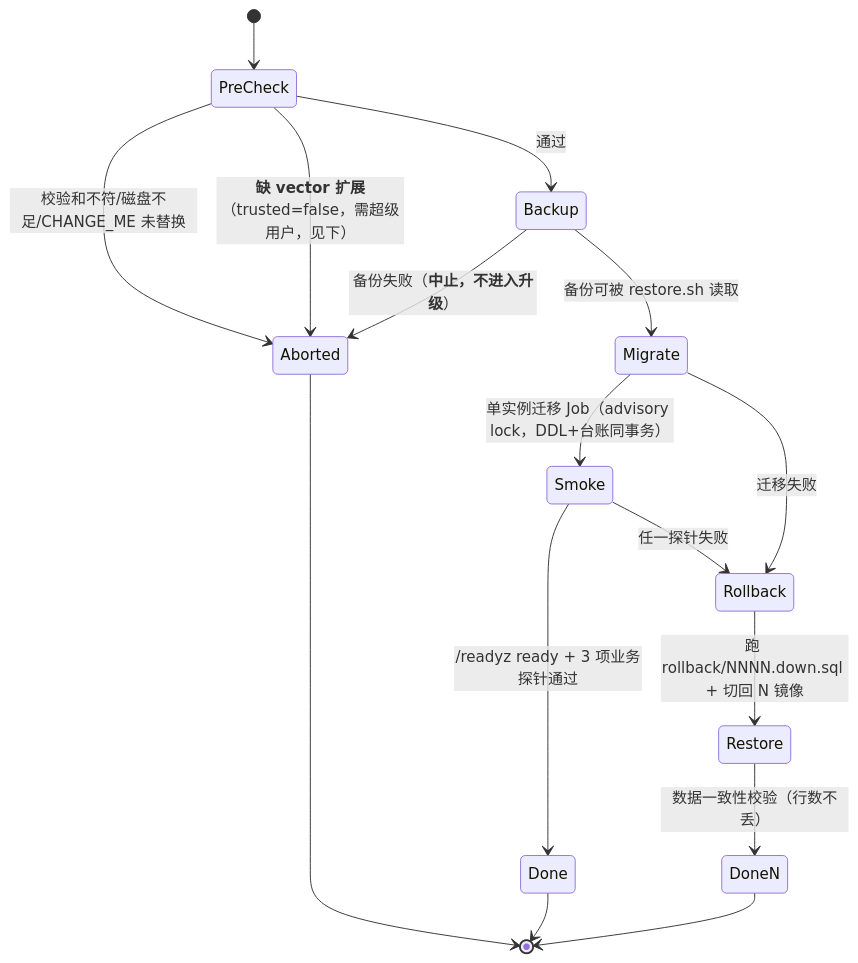
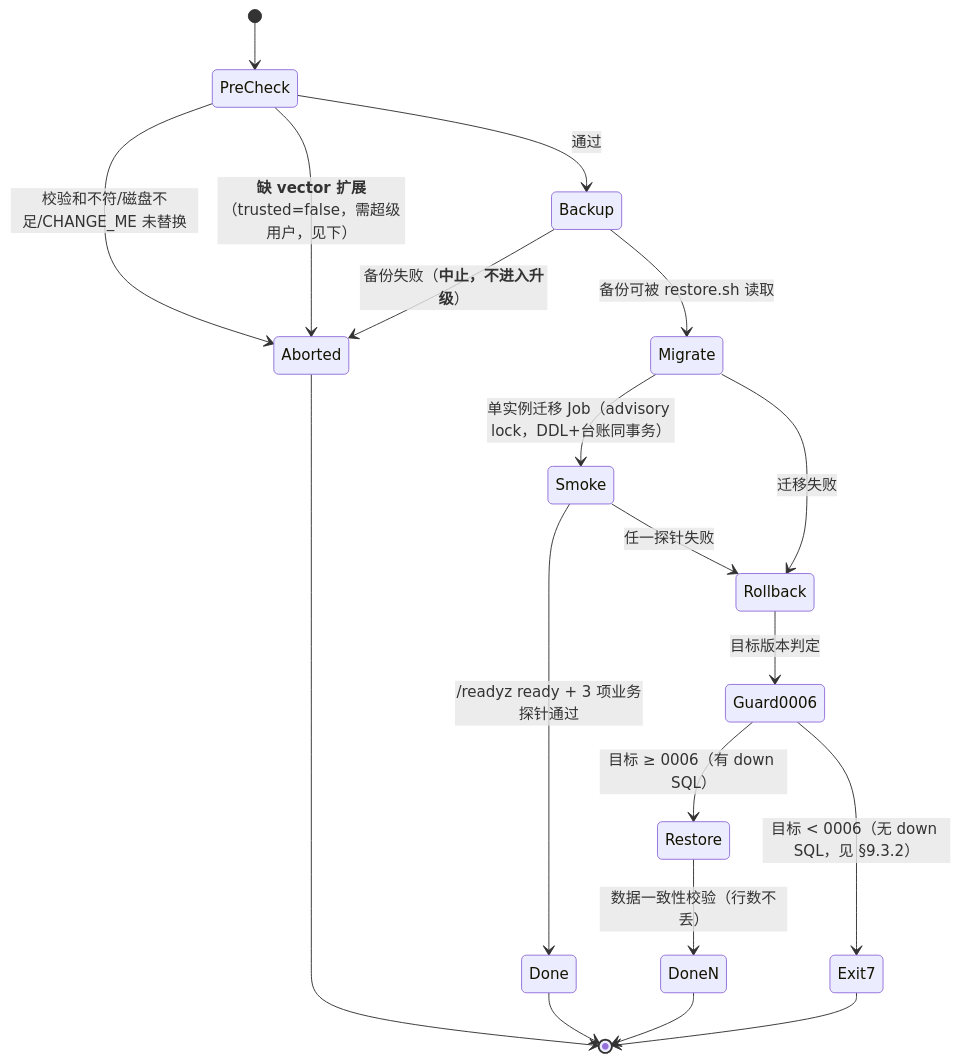
Before and after one commit to kHuner9712/MOY: the fifth of 5 diagrams in docs/architecture-phase4.md, drawn with Mermaid. The commit also changed other lines of this file, not shown here.

````diff
--- a/docs/architecture-phase4.md
+++ b/docs/architecture-phase4.md
@@ -1000,18 +1009,21 @@
 ```mermaid
 stateDiagram-v2
   [*] --> PreCheck
   PreCheck --> Aborted: 校验和不符/磁盘不足/CHANGE_ME 未替换
   PreCheck --> Aborted: **缺 vector 扩展**（trusted=false，需超级用户，见下）
   PreCheck --> Backup: 通过
   Backup --> Aborted: 备份失败（**中止，不进入升级**）
   Backup --> Migrate: 备份可被 restore.sh 读取
   Migrate --> Smoke: 单实例迁移 Job（advisory lock，DDL+台账同事务）
   Migrate --> Rollback: 迁移失败
   Smoke --> Done: /readyz ready + 3 项业务探针通过
   Smoke --> Rollback: 任一探针失败
-  Rollback --> Restore: 跑 rollback/NNNN.down.sql + 切回 N 镜像
+  Rollback --> Guard0006: 目标版本判定
+  Guard0006 --> Restore: 目标 ≥ 0006（有 down SQL）
+  Guard0006 --> Exit7: 目标 < 0006（无 down SQL，见 §9.3.2）
+  Exit7 --> [*]
   Restore --> DoneN: 数据一致性校验（行数不丢）
   Done --> [*]
   DoneN --> [*]
   Aborted --> [*]
 ```
````
